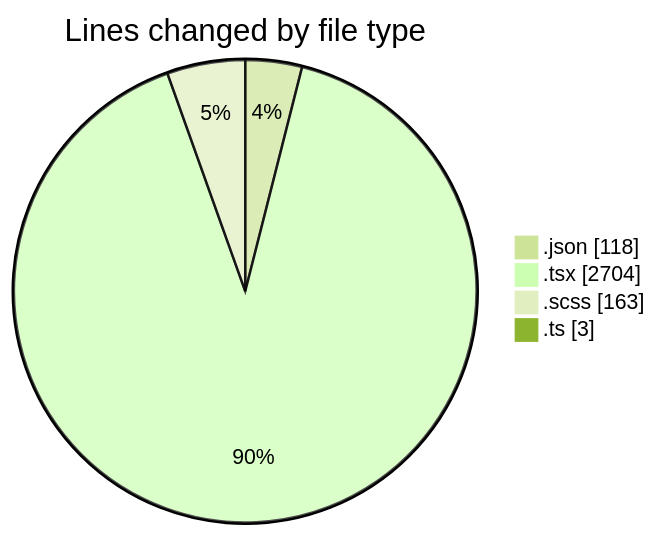
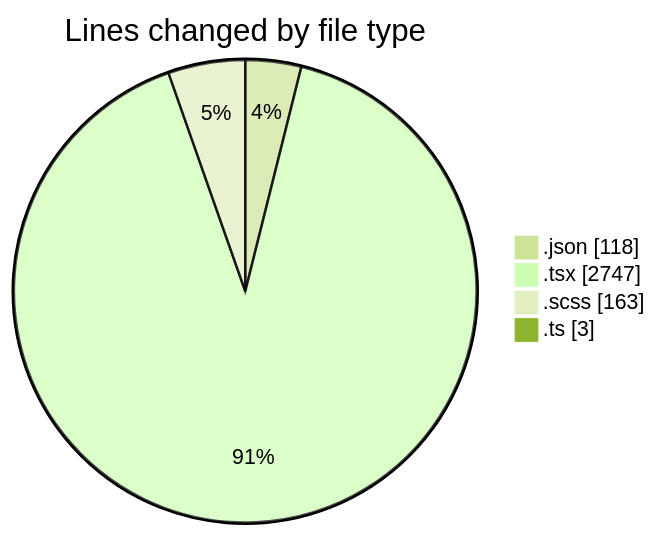
Before and after one commit to momahboobian/code-tracking: the first of 2 diagrams in 2025-11-19/cda/README.md, drawn with Mermaid (forest theme). The commit also changed other lines of this file and 1 other file, not shown here.

````diff
--- a/2025-11-19/cda/README.md
+++ b/2025-11-19/cda/README.md
@@ -27,8 +28,8 @@
 ```mermaid
 pie showData
 title Lines changed by file type
 ".json" : 118
-".tsx" : 2704
+".tsx" : 2747
 ".scss" : 163
 ".ts" : 3
 ```
````
